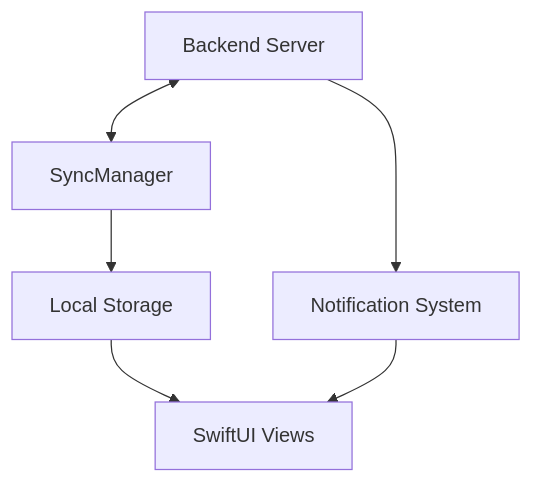
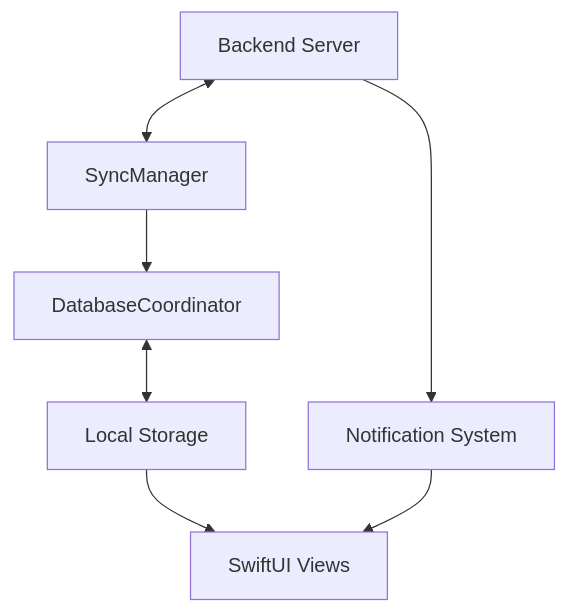
One commit to jeremyandrews/Argus-app changed the diagram in memory-bank/systemPatterns.md. Above: the diagram before and after it, drawn with Mermaid. The commit also changed other lines of this file and 7 other files, not shown here.

Commit message:
implement initial database coordinator

````diff
--- a/memory-bank/systemPatterns.md
+++ b/memory-bank/systemPatterns.md
@@ -10,14 +10,16 @@
 ```mermaid
 flowchart TD
     Backend["Backend Server"]
     SyncManager["SyncManager"]
+    DbCoord["DatabaseCoordinator"]
     LocalStorage["Local Storage"]
     NotificationSystem["Notification System"]
     UI["SwiftUI Views"]
     
     Backend <--> SyncManager
-    SyncManager --> LocalStorage
+    SyncManager --> DbCoord
+    DbCoord <--> LocalStorage
     LocalStorage --> UI
     Backend --> NotificationSystem
     NotificationSystem --> UI
 ```
````
